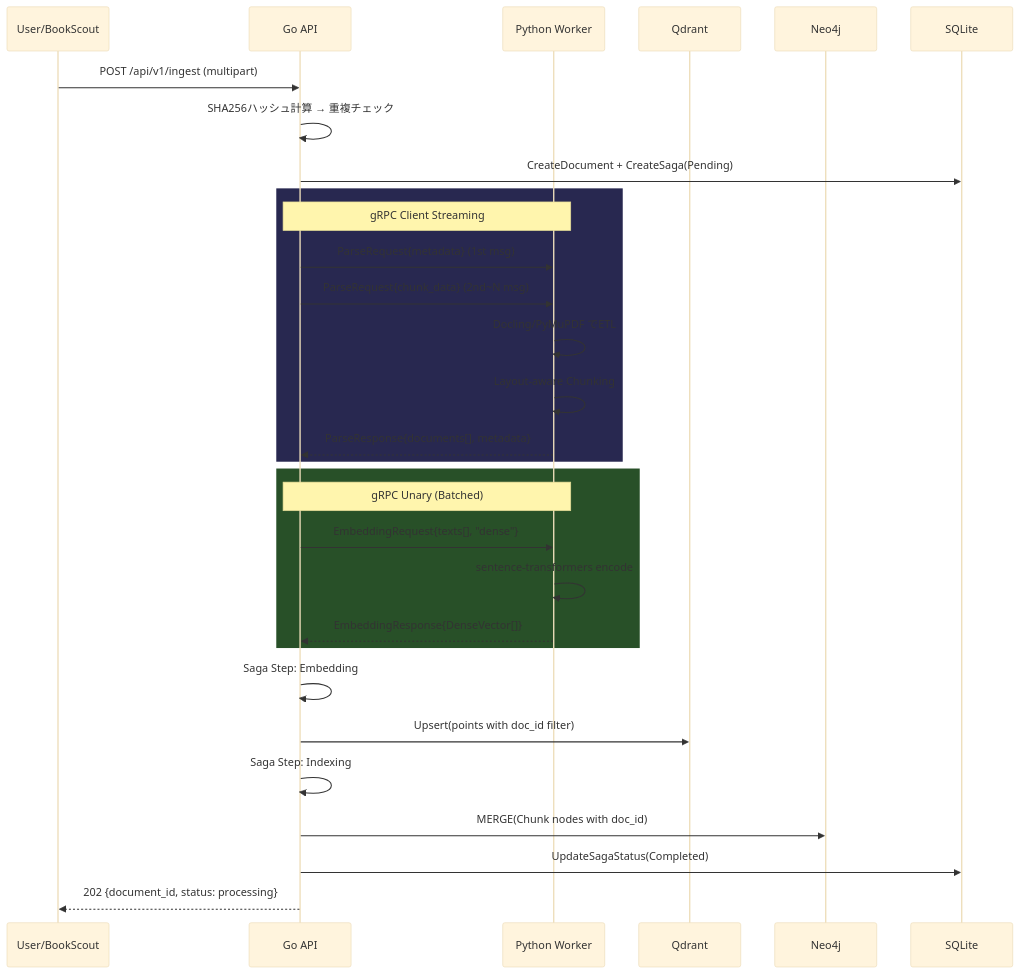
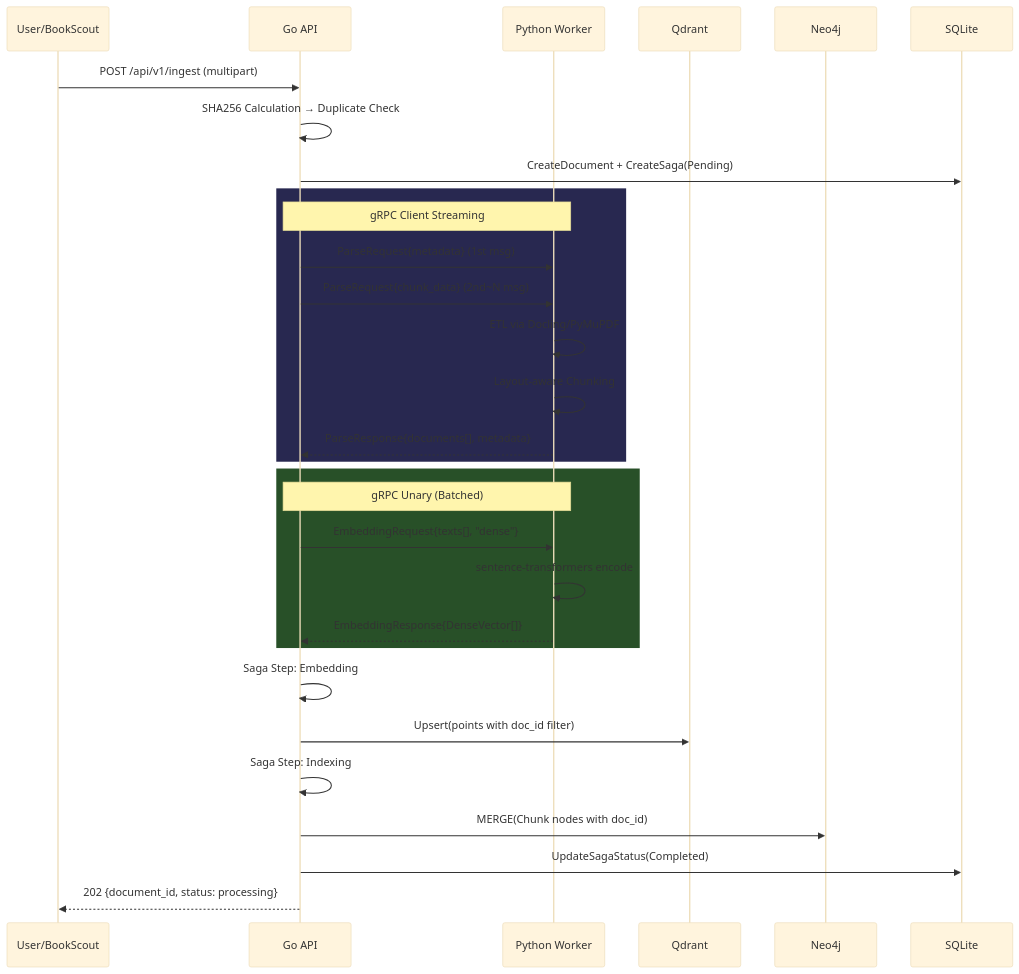
Before and after one commit to tamara1031/booksage: the second of 3 diagrams in docs/ROADMAP.md, drawn with Mermaid (base theme). The commit also changed other lines of this file and 1 other file, not shown here.

Commit message:
docs: Translate algorithm and roadmap documentation from Japanese to English.

````diff
--- a/docs/ROADMAP.md
+++ b/docs/ROADMAP.md
@@ -127,38 +127,38 @@
 ```mermaid
 sequenceDiagram
     participant User as User/BookScout
     participant API as Go API
     participant Worker as Python Worker
     participant Qdrant
     participant Neo4j
     participant SQLite
 
     User->>API: POST /api/v1/ingest (multipart)
-    API->>API: SHA256ハッシュ計算 → 重複チェック
+    API->>API: SHA256 Calculation → Duplicate Check
     API->>SQLite: CreateDocument + CreateSaga(Pending)
 
     rect rgb(40, 40, 80)
     Note over API,Worker: gRPC Client Streaming
     API->>Worker: ParseRequest{metadata} (1st msg)
     API->>Worker: ParseRequest{chunk_data} (2nd~N msg)
-    Worker->>Worker: Docling/PyMuPDF でETL
+    Worker->>Worker: ETL via Docling/PyMuPDF
     Worker->>Worker: Layout-aware Chunking
     Worker-->>API: ParseResponse{documents[], metadata}
     end
 
     rect rgb(40, 80, 40)
     Note over API,Worker: gRPC Unary (Batched)
     API->>Worker: EmbeddingRequest{texts[], "dense"}
     Worker->>Worker: sentence-transformers encode
     Worker-->>API: EmbeddingResponse{DenseVector[]}
     end
 
     API->>API: Saga Step: Embedding
     API->>Qdrant: Upsert(points with doc_id filter)
 
     API->>API: Saga Step: Indexing
     API->>Neo4j: MERGE(Chunk nodes with doc_id)
 
     API->>SQLite: UpdateSagaStatus(Completed)
     API-->>User: 202 {document_id, status: processing}
 ```
````
